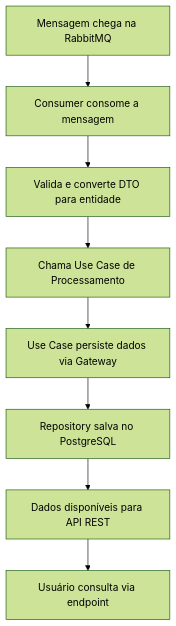
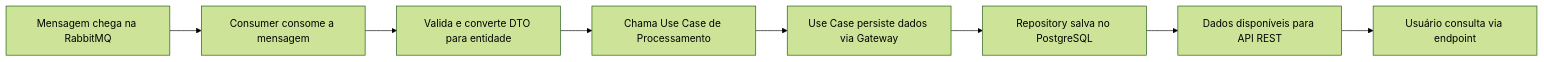
The diagram in README.md (ConteLucas/btg-software-engineer-challenge), drawn with Mermaid (forest theme) before and after one commit.

````diff
--- a/README.md
+++ b/README.md
@@ -47,10 +47,10 @@
 ```mermaid
-graph TD
+graph LR
     A[Mensagem chega na RabbitMQ] --> B[Consumer consome a mensagem]
     B --> C[Valida e converte DTO para entidade]
     C --> D[Chama Use Case de Processamento]
     D --> E[Use Case persiste dados via Gateway]
     E --> F[Repository salva no PostgreSQL]
     F --> G[Dados disponíveis para API REST]
     G --> H[Usuário consulta via endpoint]
 ```
````
